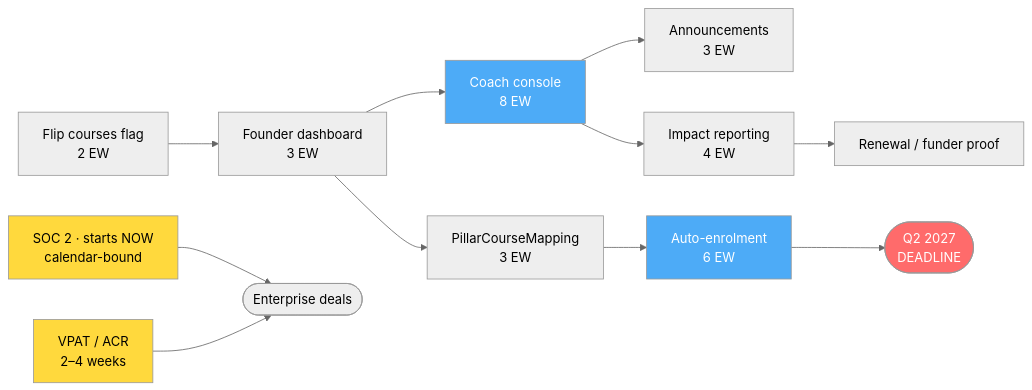
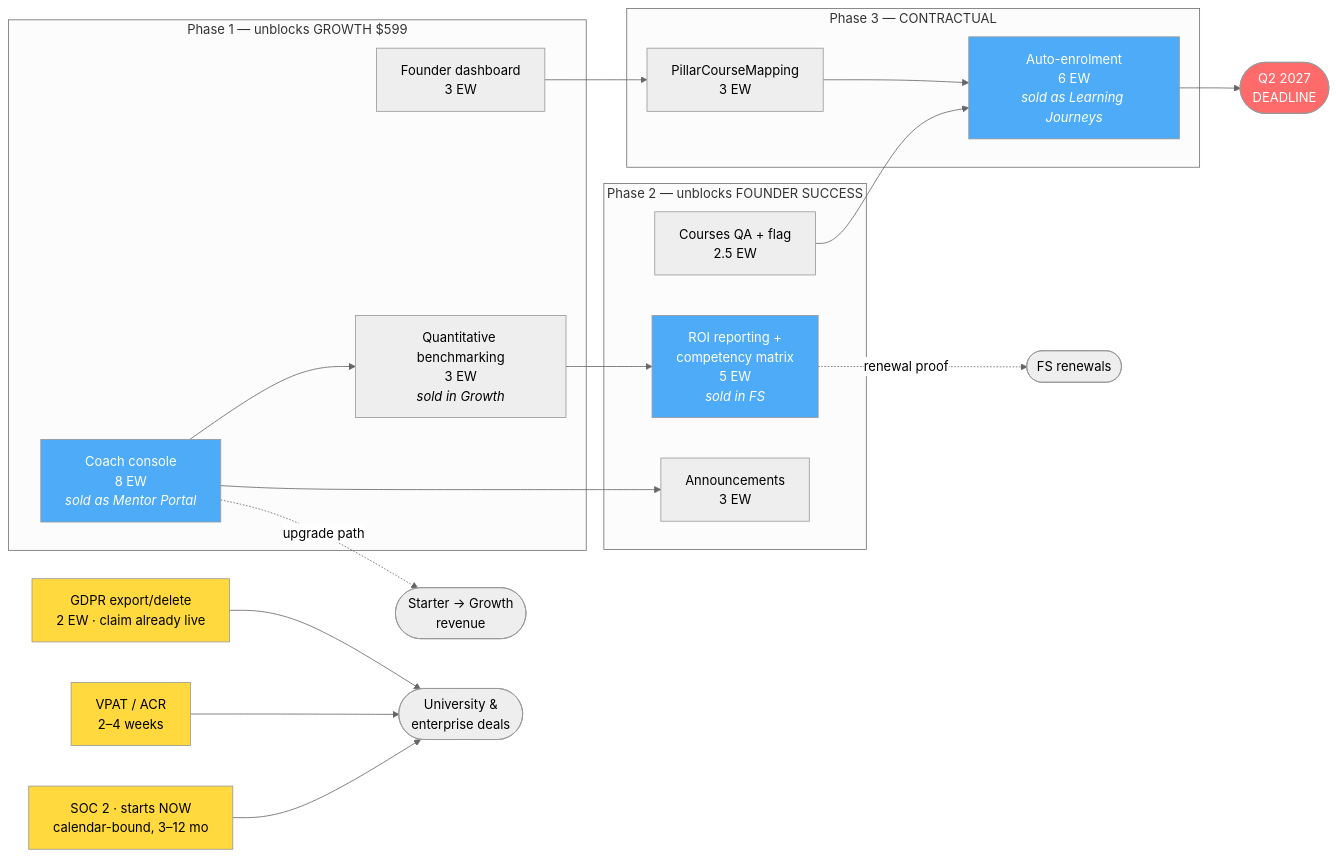
One commit to murad-asaad19/BVisionRY-be-v2 changed the fourth of 4 diagrams in docs/production-roadmap-board-review.md. Above: the diagram before and after it, drawn with Mermaid (neutral theme). The commit also changed other lines of this file, not shown here.

First line of the commit message:
Reorder roadmap review around the FRI pricing tier ladder

````diff
--- a/docs/production-roadmap-board-review.md
+++ b/docs/production-roadmap-board-review.md
@@ -396,20 +516,38 @@
 ```mermaid
 flowchart LR
-    F["Flip courses flag<br/>2 EW"] --> D["Founder dashboard<br/>3 EW"]
-    D --> C["Coach console<br/>8 EW"]
-    C --> AN["Announcements<br/>3 EW"]
-    C --> IR["Impact reporting<br/>4 EW"]
-    D --> PM["PillarCourseMapping<br/>3 EW"]
-    PM --> AE["Auto-enrolment<br/>6 EW"]
+    subgraph P1["Phase 1 — unblocks GROWTH $599"]
+        C["Coach console<br/>8 EW<br/><i>sold as Mentor Portal</i>"]
+        B["Quantitative benchmarking<br/>3 EW<br/><i>sold in Growth</i>"]
+        D["Founder dashboard<br/>3 EW"]
+    end
+    subgraph P2["Phase 2 — unblocks FOUNDER SUCCESS"]
+        IR["ROI reporting +<br/>competency matrix<br/>5 EW<br/><i>sold in FS</i>"]
+        F["Courses QA + flag<br/>2.5 EW"]
+        AN["Announcements<br/>3 EW"]
+    end
+    subgraph P3["Phase 3 — CONTRACTUAL"]
+        PM["PillarCourseMapping<br/>3 EW"]
+        AE["Auto-enrolment<br/>6 EW<br/><i>sold as Learning Journeys</i>"]
+    end
+
+    C --> B --> IR
+    C --> AN
+    D --> PM
+    F --> AE
+    PM --> AE
     AE --> DL(["Q2 2027<br/>DEADLINE"])
-    IR --> RN["Renewal / funder proof"]
+    C -.->|"upgrade path"| REV(["Starter → Growth<br/>revenue"])
+    IR -.->|"renewal proof"| RN(["FS renewals"])
 
-    SOC["SOC 2 · starts NOW<br/>calendar-bound"] --> ENT(["Enterprise deals"])
+    SOC["SOC 2 · starts NOW<br/>calendar-bound, 3–12 mo"] --> ENT(["University &<br/>enterprise deals"])
     VP["VPAT / ACR<br/>2–4 weeks"] --> ENT
+    GD["GDPR export/delete<br/>2 EW · claim already live"] --> ENT
 
     style DL fill:#ff6b6b,color:#fff
     style SOC fill:#ffd93d
     style VP fill:#ffd93d
+    style GD fill:#ffd93d
     style C fill:#4dabf7,color:#fff
     style AE fill:#4dabf7,color:#fff
+    style IR fill:#4dabf7,color:#fff
 ```
````
